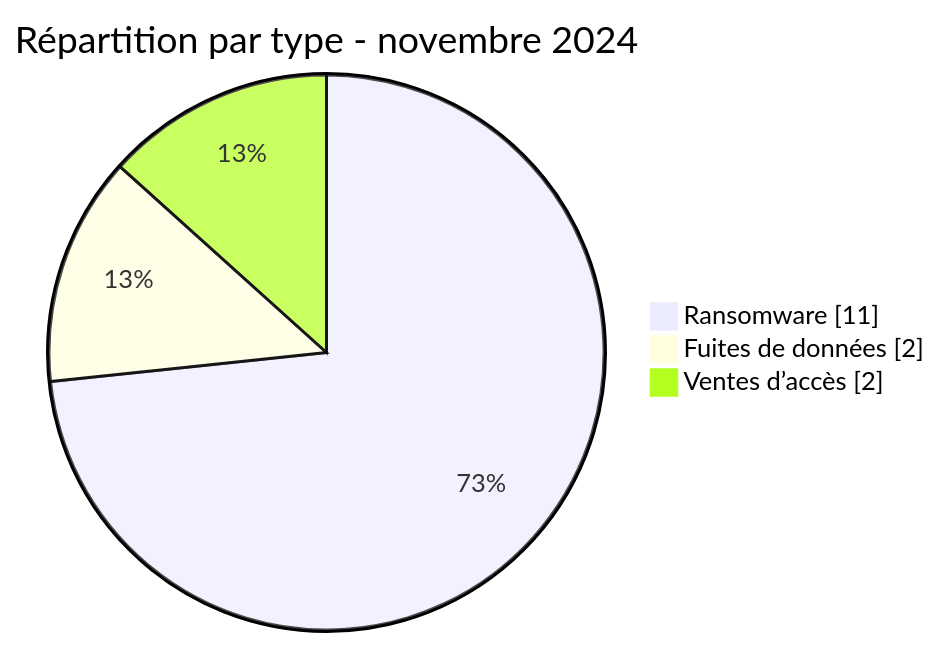
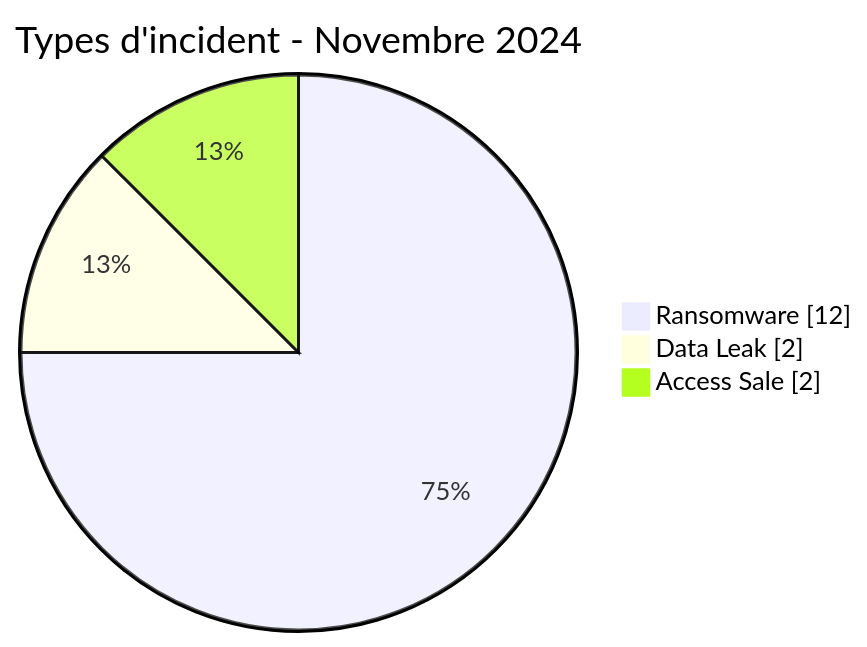
Before and after one commit to Hatchepsoute/AFRINTEL: the first of 3 diagrams in CyberAttackAfrica/2024/11-november/README_FR.md, drawn with Mermaid. The commit also changed other lines of this file and 60 other files, not shown here.

````diff
--- a/CyberAttackAfrica/2024/11-november/README_FR.md
+++ b/CyberAttackAfrica/2024/11-november/README_FR.md
@@ -58,7 +55,7 @@
 ```mermaid
 pie showData
-    title Répartition par type - novembre 2024
-    "Ransomware" : 11
-    "Fuites de données" : 2
-    "Ventes d’accès" : 2
+    title Types d'incident - Novembre 2024
+    "Ransomware" : 12
+    "Data Leak" : 2
+    "Access Sale" : 2
 ```
````
